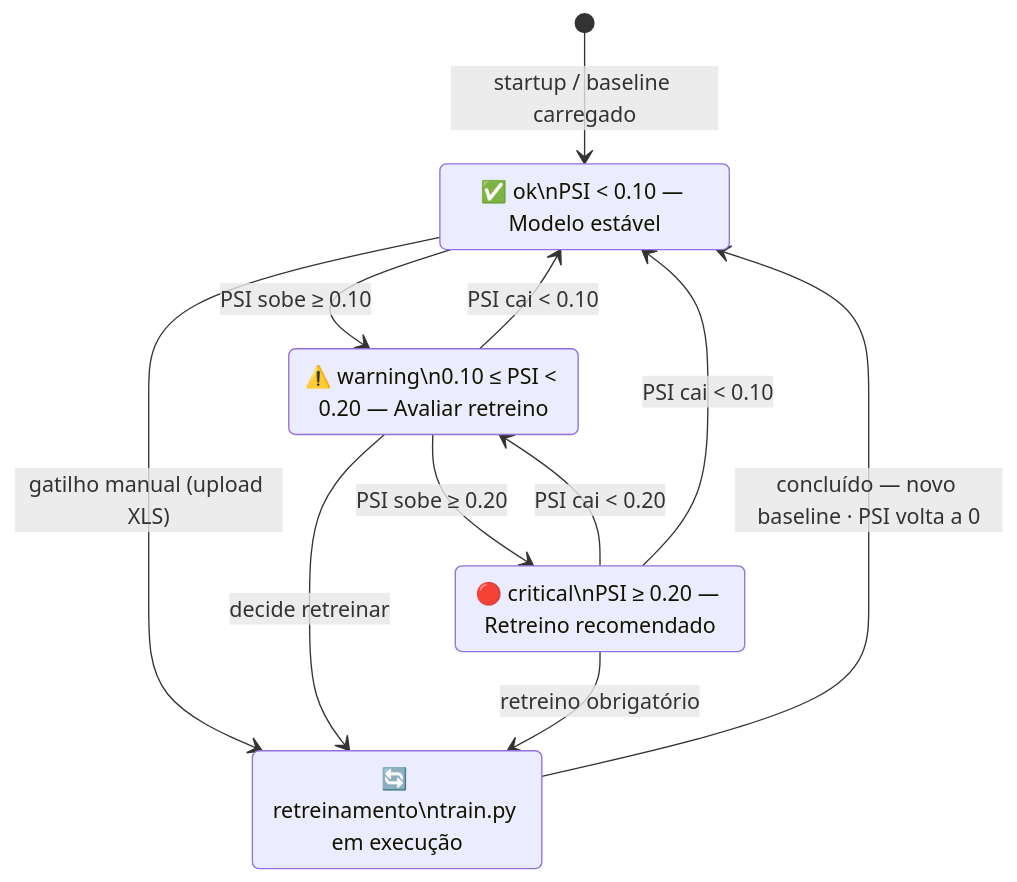
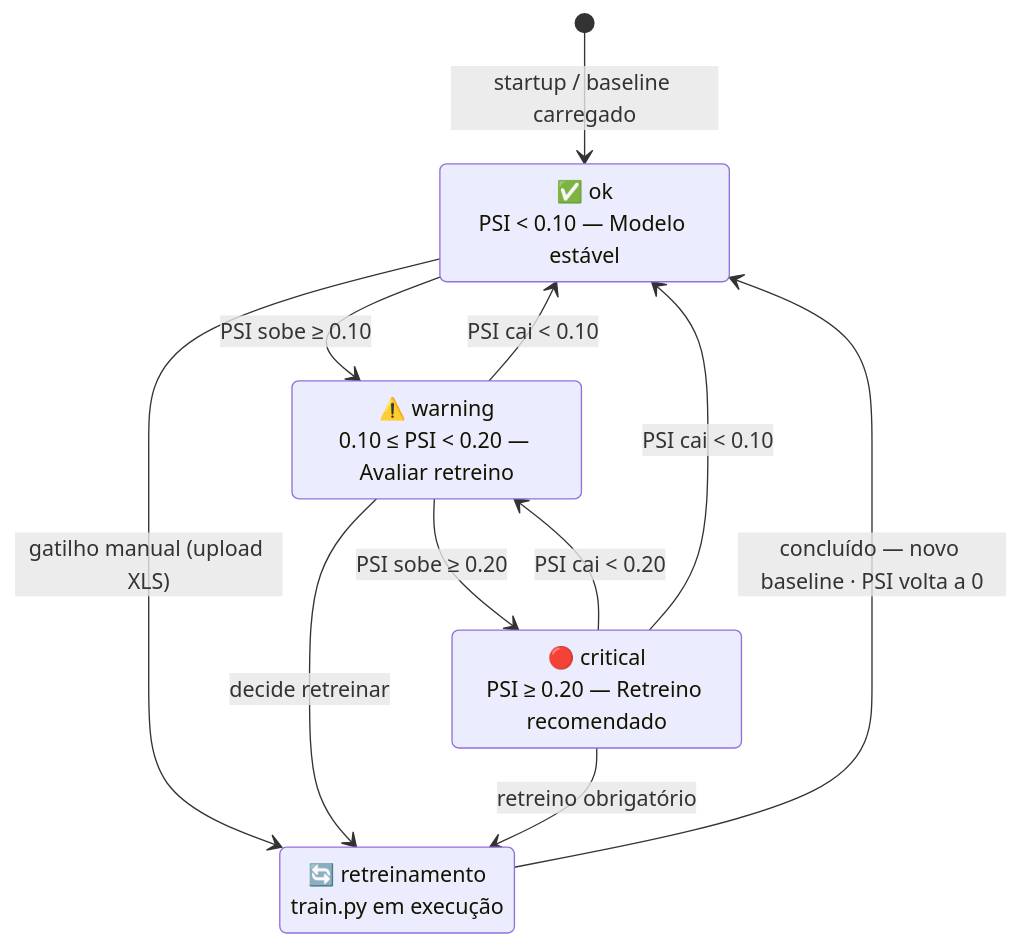
One commit to glauberthy/pos_tech_mle_fase_5 changed the third of 4 diagrams in README.md. Above: the diagram before and after it, drawn with Mermaid. The commit also changed other lines of this file, not shown here.

Commit message:
fix: Update Mermaid diagrams in README.md for improved readability with line breaks

````diff
--- a/README.md
+++ b/README.md
@@ -543,20 +543,20 @@
 ```mermaid
 stateDiagram-v2
     [*] --> ok : startup / baseline carregado
 
-    ok : ✅ ok\nPSI < 0.10 — Modelo estável
-    warning : ⚠️ warning\n0.10 ≤ PSI < 0.20 — Avaliar retreino
-    critical : 🔴 critical\nPSI ≥ 0.20 — Retreino recomendado
-    retrain : 🔄 retreinamento\ntrain.py em execução
+    ok : ✅ ok<br/>PSI < 0.10 — Modelo estável
+    warning : ⚠️ warning<br/>0.10 ≤ PSI < 0.20 — Avaliar retreino
+    critical : 🔴 critical<br/>PSI ≥ 0.20 — Retreino recomendado
+    retrain : 🔄 retreinamento<br/>train.py em execução
 
     ok --> warning : PSI sobe ≥ 0.10
     warning --> ok : PSI cai < 0.10
     warning --> critical : PSI sobe ≥ 0.20
     critical --> warning : PSI cai < 0.20
     critical --> ok : PSI cai < 0.10
 
     ok --> retrain : gatilho manual (upload XLS)
     warning --> retrain : decide retreinar
     critical --> retrain : retreino obrigatório
     retrain --> ok : concluído — novo baseline · PSI volta a 0
 ```
````
